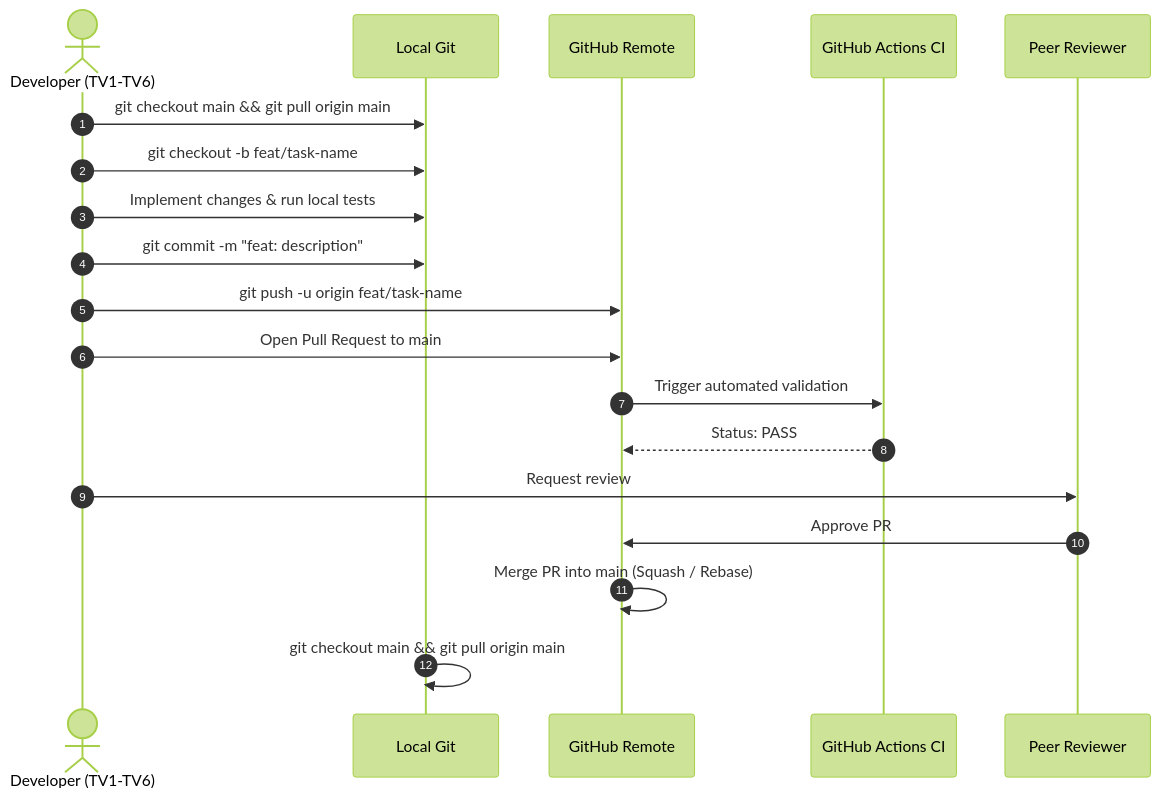
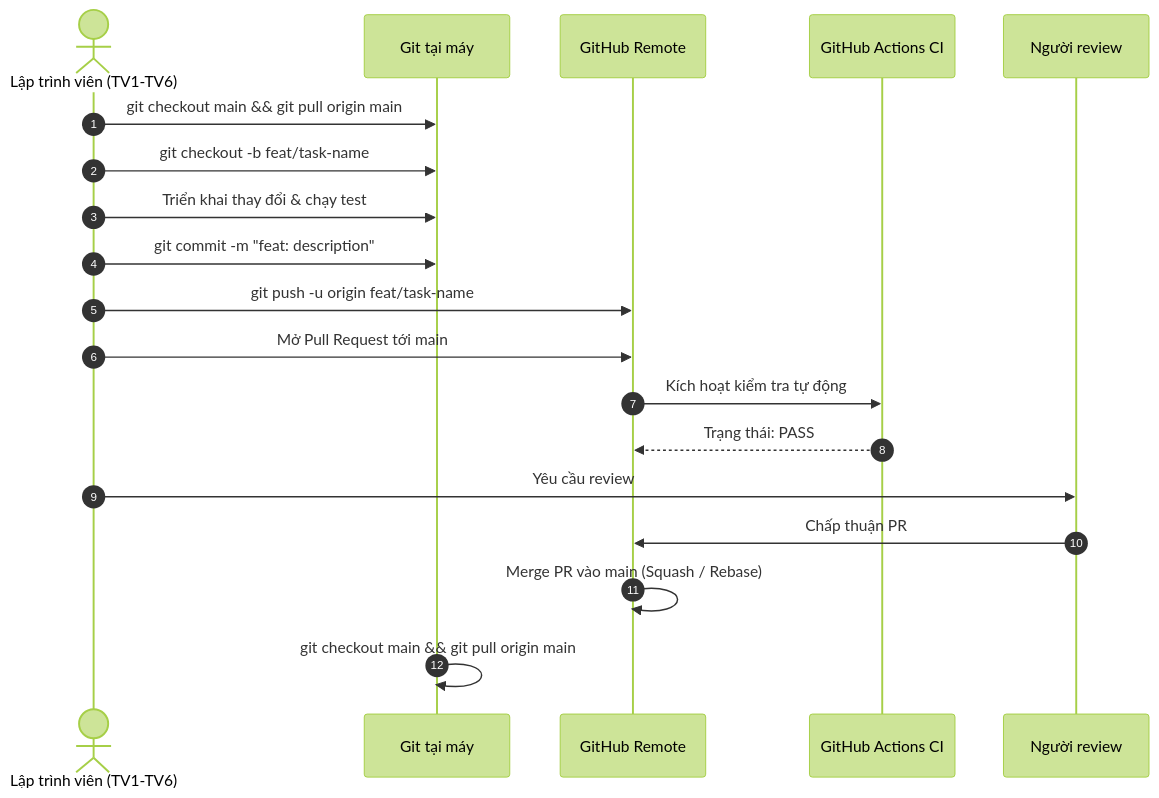
One commit to NTbankey1/LogiMind changed the diagram in docs/git-workflow.md. Above: the diagram before and after it, drawn with Mermaid (forest theme). The commit also changed other lines of this file and 23 other files, not shown here.

````diff
--- a/docs/git-workflow.md
+++ b/docs/git-workflow.md
@@ -35,22 +39,22 @@
 ```mermaid
 sequenceDiagram
     autonumber
-    actor Dev as Developer (TV1-TV6)
-    participant Local as Local Git
+    actor Dev as Lập trình viên (TV1-TV6)
+    participant Local as Git tại máy
     participant Remote as GitHub Remote
     participant CI as GitHub Actions CI
-    participant Reviewer as Peer Reviewer
+    participant Reviewer as Người review
 
     Dev->>Local: git checkout main && git pull origin main
     Dev->>Local: git checkout -b feat/task-name
-    Dev->>Local: Implement changes & run local tests
+    Dev->>Local: Triển khai thay đổi & chạy test
     Dev->>Local: git commit -m "feat: description"
     Dev->>Remote: git push -u origin feat/task-name
-    Dev->>Remote: Open Pull Request to main
-    Remote->>CI: Trigger automated validation
-    CI-->>Remote: Status: PASS
-    Dev->>Reviewer: Request review
-    Reviewer->>Remote: Approve PR
-    Remote->>Remote: Merge PR into main (Squash / Rebase)
+    Dev->>Remote: Mở Pull Request tới main
+    Remote->>CI: Kích hoạt kiểm tra tự động
+    CI-->>Remote: Trạng thái: PASS
+    Dev->>Reviewer: Yêu cầu review
+    Reviewer->>Remote: Chấp thuận PR
+    Remote->>Remote: Merge PR vào main (Squash / Rebase)
     Local->>Local: git checkout main && git pull origin main
 ```
````
